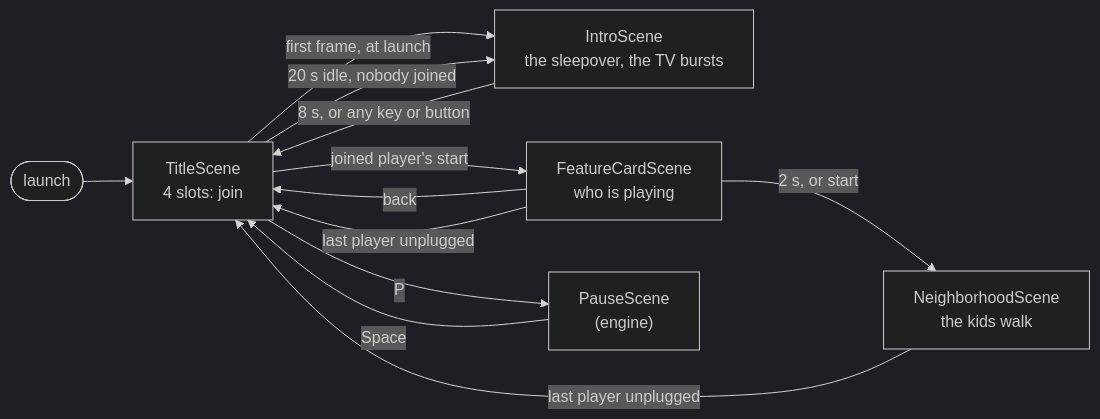
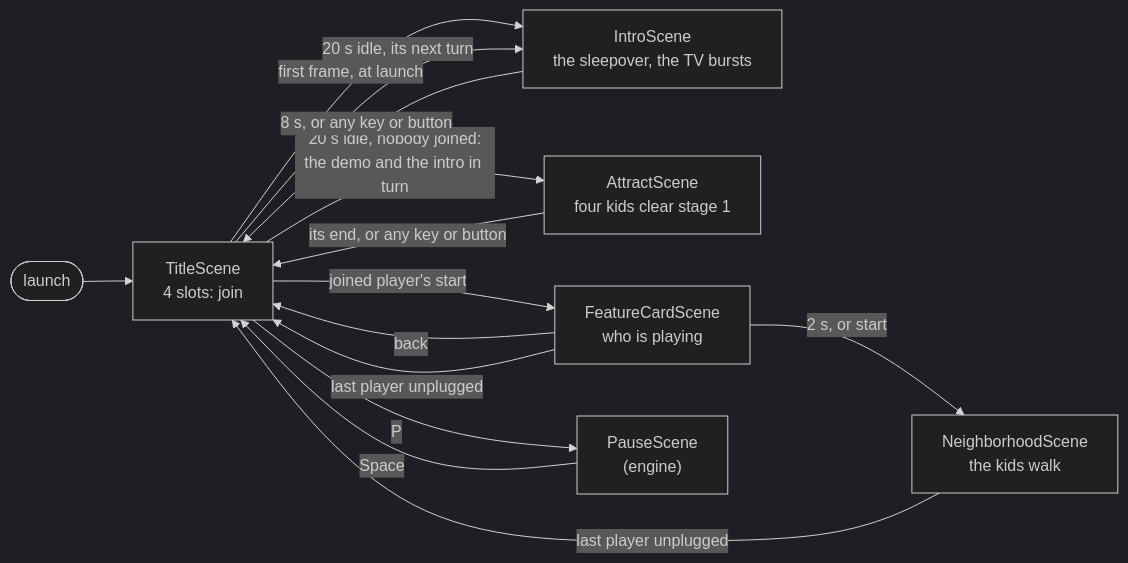
The diagram in docs/games/zombies_aint_my_neighbors.md (terrysimons/glitchygames), drawn with Mermaid (dark theme) before and after one commit. The commit also changed other lines of this file and 204 other files, not shown here.

Commit message:
Zombies: the attract demo, four kids clearing stage 1, in the idle loop (feature 13) (#235)

````diff
--- a/docs/games/zombies_aint_my_neighbors.md
+++ b/docs/games/zombies_aint_my_neighbors.md
@@ -74,14 +75,16 @@
 ```mermaid
 flowchart LR
     Launch(["launch"]) --> Title
     Title -- "first frame, at launch" --> Intro["IntroScene<br/>the sleepover, the TV bursts"]
-    Title -- "20 s idle, nobody joined" --> Intro
+    Title -- "20 s idle, nobody joined:<br/>the demo and the intro in turn" --> Demo["AttractScene<br/>four kids clear stage 1"]
+    Title -- "20 s idle, its next turn" --> Intro
     Intro -- "8 s, or any key or button" --> Title
+    Demo -- "its end, or any key or button" --> Title
     Title["TitleScene<br/>4 slots: join"] -- "joined player's start" --> Card["FeatureCardScene<br/>who is playing"]
     Card -- "2 s, or start" --> Yard["NeighborhoodScene<br/>the kids walk"]
     Card -- "back" --> Title
     Yard -- "last player unplugged" --> Title
     Card -- "last player unplugged" --> Title
     Title -- "P" --> Pause["PauseScene<br/>(engine)"]
     Pause -- "Space" --> Title
 ```
````
